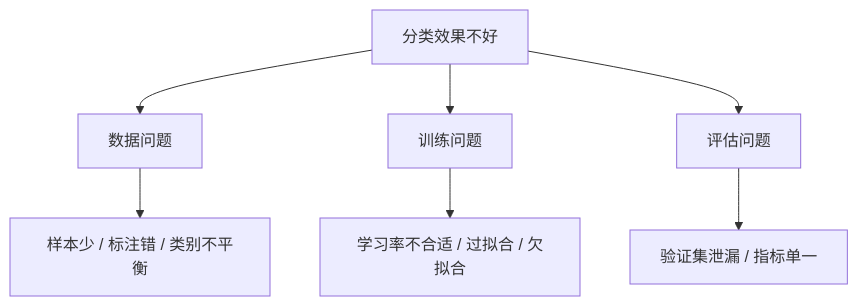
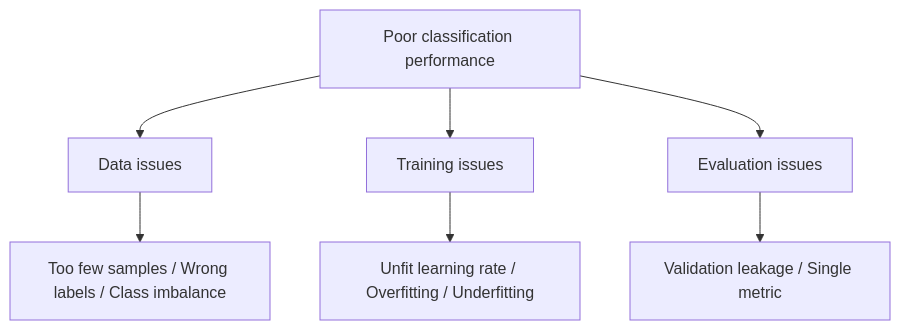
One commit to oudbiao/AI-fullstack-course changed the diagram in docs/ch10-computer-vision/ch02-classification/03-training-tricks.md. Above: the diagram before and after it, drawn with Mermaid. The commit also changed other lines of this file and 1406 other files, not shown here.

````diff
--- a/docs/ch10-computer-vision/ch02-classification/03-training-tricks.md
+++ b/docs/ch10-computer-vision/ch02-classification/03-training-tricks.md
@@ -25,9 +25,9 @@
 ```mermaid
 flowchart TD
-  A[分类效果不好] --> B[数据问题]
-  A --> C[训练问题]
-  A --> D[评估问题]
-  B --> B1[样本少 / 标注错 / 类别不平衡]
-  C --> C1[学习率不合适 / 过拟合 / 欠拟合]
-  D --> D1[验证集泄漏 / 指标单一]
+  A[Poor classification performance] --> B[Data issues]
+  A --> C[Training issues]
+  A --> D[Evaluation issues]
+  B --> B1[Too few samples / Wrong labels / Class imbalance]
+  C --> C1[Unfit learning rate / Overfitting / Underfitting]
+  D --> D1[Validation leakage / Single metric]
 ```
````
